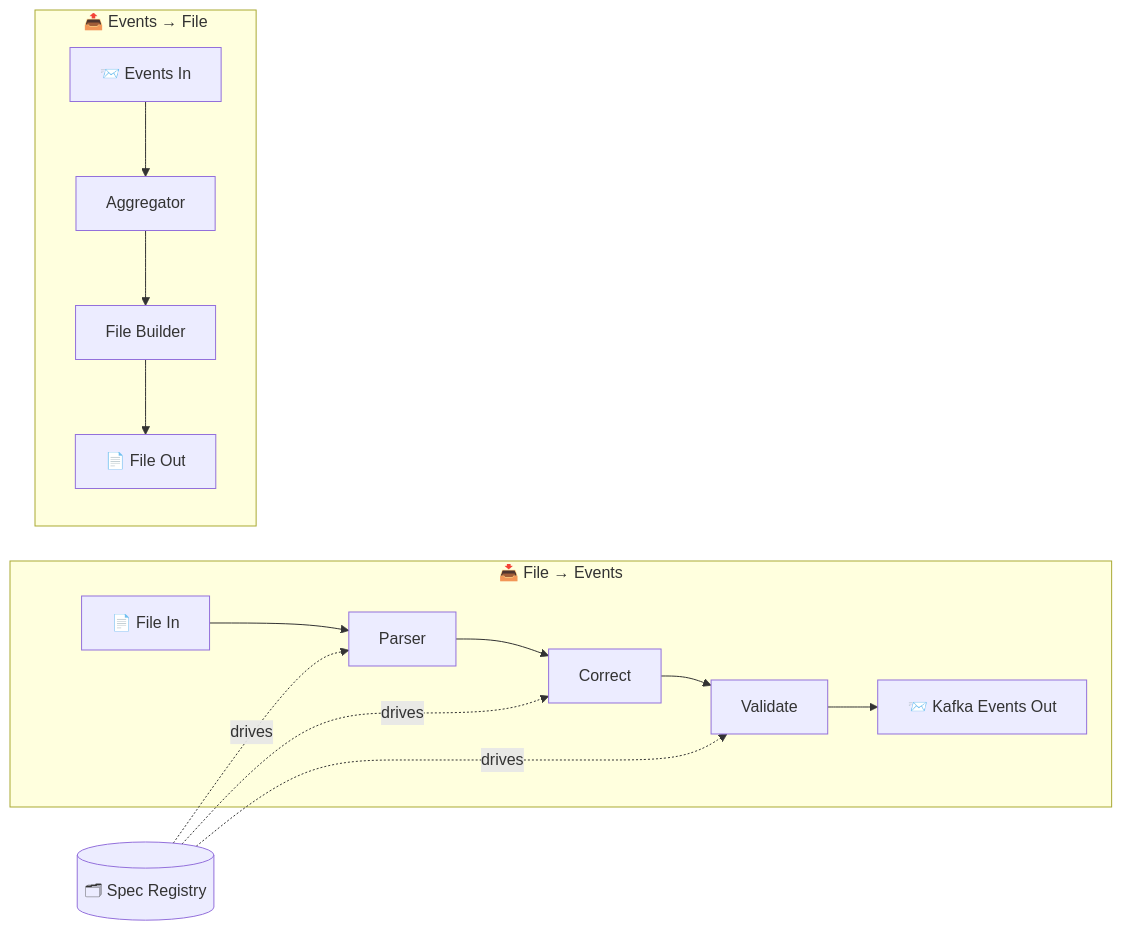
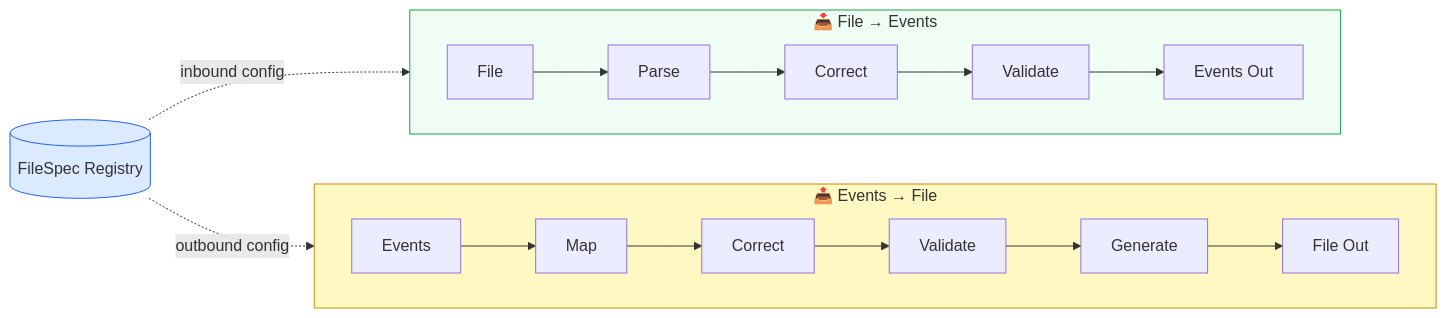
One commit to avinashreddyoceans/transform-platform changed the first of 4 diagrams in website/docs/architecture.md. Above: the diagram before and after it, drawn with Mermaid. The commit also changed other lines of this file and 2 other files, not shown here.

First paragraph of the commit message:
feat(docs): design Events → File spec-driven pipeline
The platform is now fully bidirectional. FileSpec drives both inbound
(File → Events) and outbound (Events → File) transformations from the
same registry entry.

````diff
--- a/website/docs/architecture.md
+++ b/website/docs/architecture.md
@@ -11,19 +13,19 @@
 ```mermaid
 flowchart LR
-    subgraph Inbound["📥 File → Events"]
-        FI[📄 File In] --> PA[Parser]
-        PA --> CO[Correct]
-        CO --> VA[Validate]
-        VA --> KA[📨 Kafka Events Out]
+    subgraph IB["📥 File → Events"]
+        direction LR
+        FI[File] --> PA[Parse] --> CO[Correct] --> VA[Validate] --> KA[Events Out]
     end
 
-    subgraph Outbound["📤 Events → File"]
-        EI[📨 Events In] --> AG[Aggregator]
-        AG --> FB[File Builder]
-        FB --> FO[📄 File Out]
+    subgraph OB["📤 Events → File"]
+        direction LR
+        EI[Events] --> MA[Map] --> C2[Correct] --> V2[Validate] --> GE[Generate] --> FO[File Out]
     end
 
-    SR[(🗂 Spec Registry)] -.->|drives| PA
-    SR -.->|drives| CO
-    SR -.->|drives| VA
+    SR[("FileSpec Registry")] -.->|inbound config| IB
+    SR -.->|outbound config| OB
+
+    style SR fill:#dbeafe,stroke:#2563eb
+    style IB fill:#f0fdf4,stroke:#16a34a
+    style OB fill:#fef9c3,stroke:#ca8a04
 ```
````
